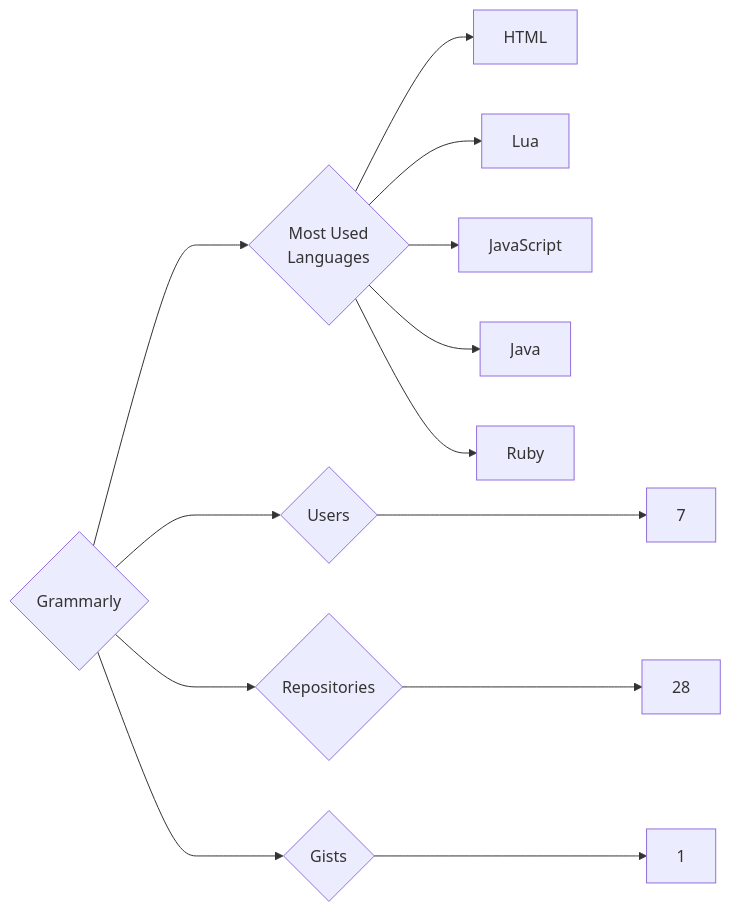
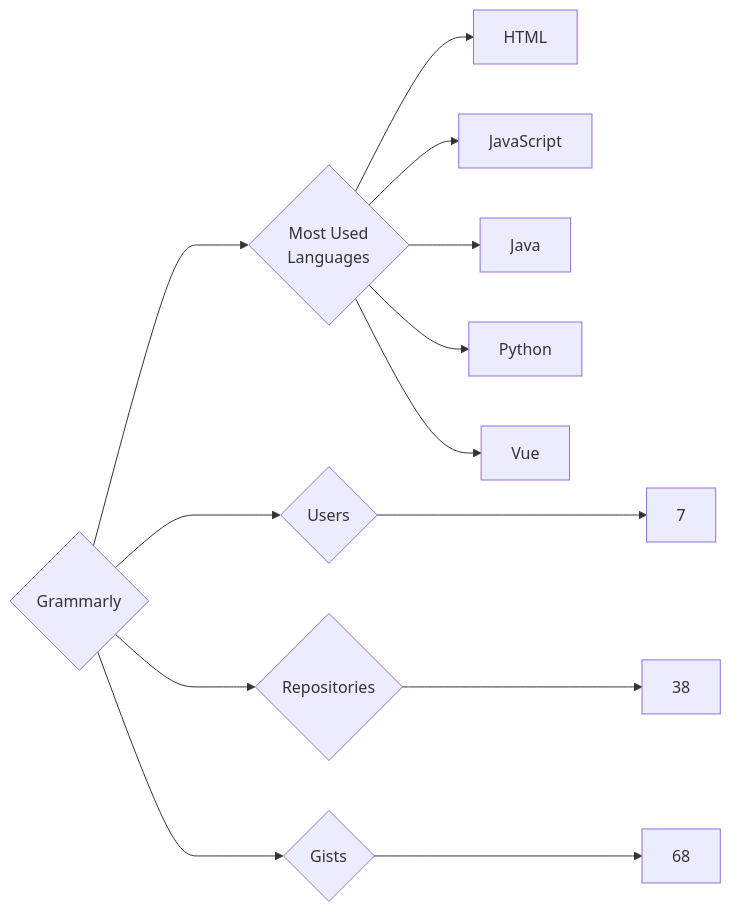
The diagram in targets/Grammarly/README.md (trickest/insiders), drawn with Mermaid before and after one commit. The commit also changed 815 other files, not shown here.

````diff
--- a/targets/Grammarly/README.md
+++ b/targets/Grammarly/README.md
@@ -3,13 +3,13 @@
 ```mermaid
 graph LR
 COMPANY_NAME{Grammarly}
 COMPANY_NAME ---> U{Users} ---> UN[7]
-COMPANY_NAME ---> R{Repositories} ---> RN[28]
-COMPANY_NAME ---> G{Gists} ---> GN[1]
+COMPANY_NAME ---> R{Repositories} ---> RN[38]
+COMPANY_NAME ---> G{Gists} ---> GN[68]
 COMPANY_NAME ---> ML{Most Used<br>Languages}
 ML --> HTML[HTML]
-ML --> Lua[Lua]
 ML --> JavaScript[JavaScript]
 ML --> Java[Java]
-ML --> Ruby[Ruby]
+ML --> Python[Python]
+ML --> Vue[Vue]
 ```
````
